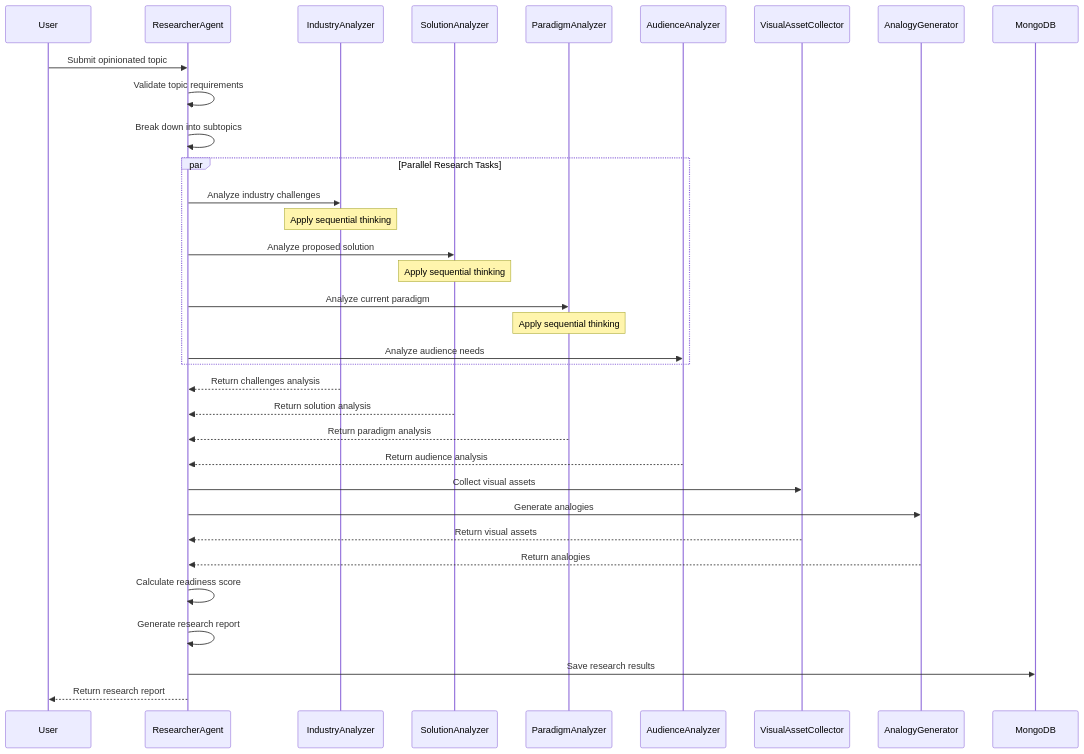
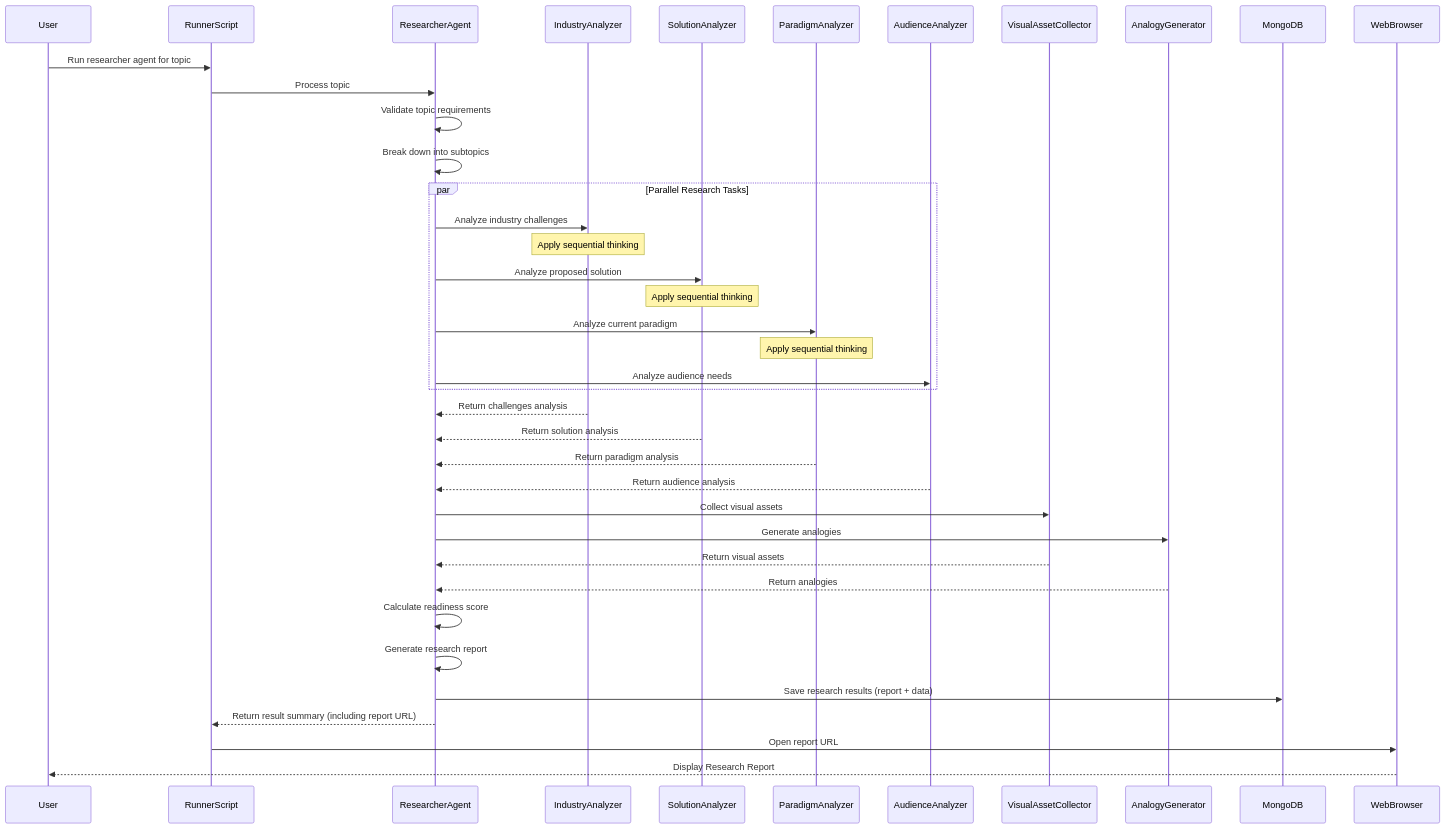
The fourth of 4 diagrams in project_requirements/researcher_agent_architecture.md (XavierDedenbach/blog-accelerator-agent), drawn with Mermaid before and after one commit. The commit also changed other lines of this file and 2 other files, not shown here.

Commit message:
Revise Web UI for Research Reports Documentation
- Updated the section to include a dedicated API endpoint for viewing research reports, detailing the method, logic, and security considerations.
- Enhanced browser integration workflow, specifying how the report URL is opened automatically upon completion of research.
- Improved template engine recommendations, emphasizing the use of Jinja2 for server-side rendering and client-side JavaScript for dynamic content filtering.
- Clarified usability enhancements, including auto-opening browser views and improved navigation features for lengthy reports.

````diff
--- a/project_requirements/researcher_agent_architecture.md
+++ b/project_requirements/researcher_agent_architecture.md
@@ -161,43 +163,48 @@
 ```mermaid
 sequenceDiagram
     participant User
+    participant RunnerScript
     participant ResearcherAgent
     participant IndustryAnalyzer
     participant SolutionAnalyzer
     participant ParadigmAnalyzer
     participant AudienceAnalyzer
     participant VisualAssetCollector
     participant AnalogyGenerator
     participant MongoDB
+    participant WebBrowser
     
-    User->>ResearcherAgent: Submit opinionated topic
+    User->>RunnerScript: Run researcher agent for topic
+    RunnerScript->>ResearcherAgent: Process topic
     ResearcherAgent->>ResearcherAgent: Validate topic requirements
     ResearcherAgent->>ResearcherAgent: Break down into subtopics
     
     par Parallel Research Tasks
         ResearcherAgent->>IndustryAnalyzer: Analyze industry challenges
         Note over IndustryAnalyzer: Apply sequential thinking
         ResearcherAgent->>SolutionAnalyzer: Analyze proposed solution
         Note over SolutionAnalyzer: Apply sequential thinking
         ResearcherAgent->>ParadigmAnalyzer: Analyze current paradigm
         Note over ParadigmAnalyzer: Apply sequential thinking
         ResearcherAgent->>AudienceAnalyzer: Analyze audience needs
     end
     
     IndustryAnalyzer-->>ResearcherAgent: Return challenges analysis
     SolutionAnalyzer-->>ResearcherAgent: Return solution analysis
     ParadigmAnalyzer-->>ResearcherAgent: Return paradigm analysis
     AudienceAnalyzer-->>ResearcherAgent: Return audience analysis
     
     ResearcherAgent->>VisualAssetCollector: Collect visual assets
     ResearcherAgent->>AnalogyGenerator: Generate analogies
     
     VisualAssetCollector-->>ResearcherAgent: Return visual assets
     AnalogyGenerator-->>ResearcherAgent: Return analogies
     
     ResearcherAgent->>ResearcherAgent: Calculate readiness score
     ResearcherAgent->>ResearcherAgent: Generate research report
-    ResearcherAgent->>MongoDB: Save research results
+    ResearcherAgent->>MongoDB: Save research results (report + data)
     
-    ResearcherAgent-->>User: Return research report
+    ResearcherAgent-->>RunnerScript: Return result summary (including report URL)
+    RunnerScript->>WebBrowser: Open report URL
+    WebBrowser-->>User: Display Research Report
 ```
````
